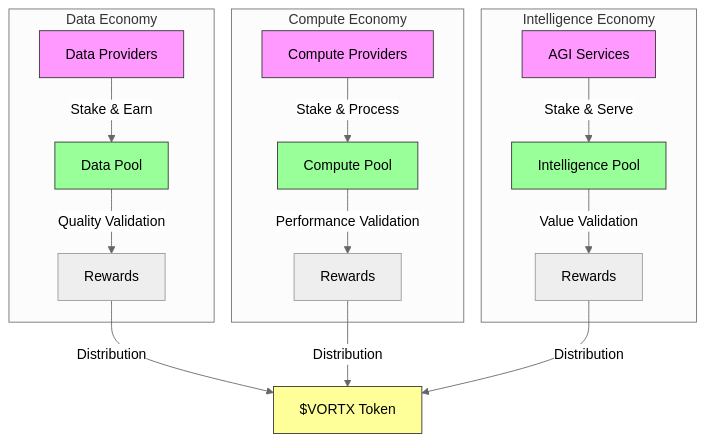
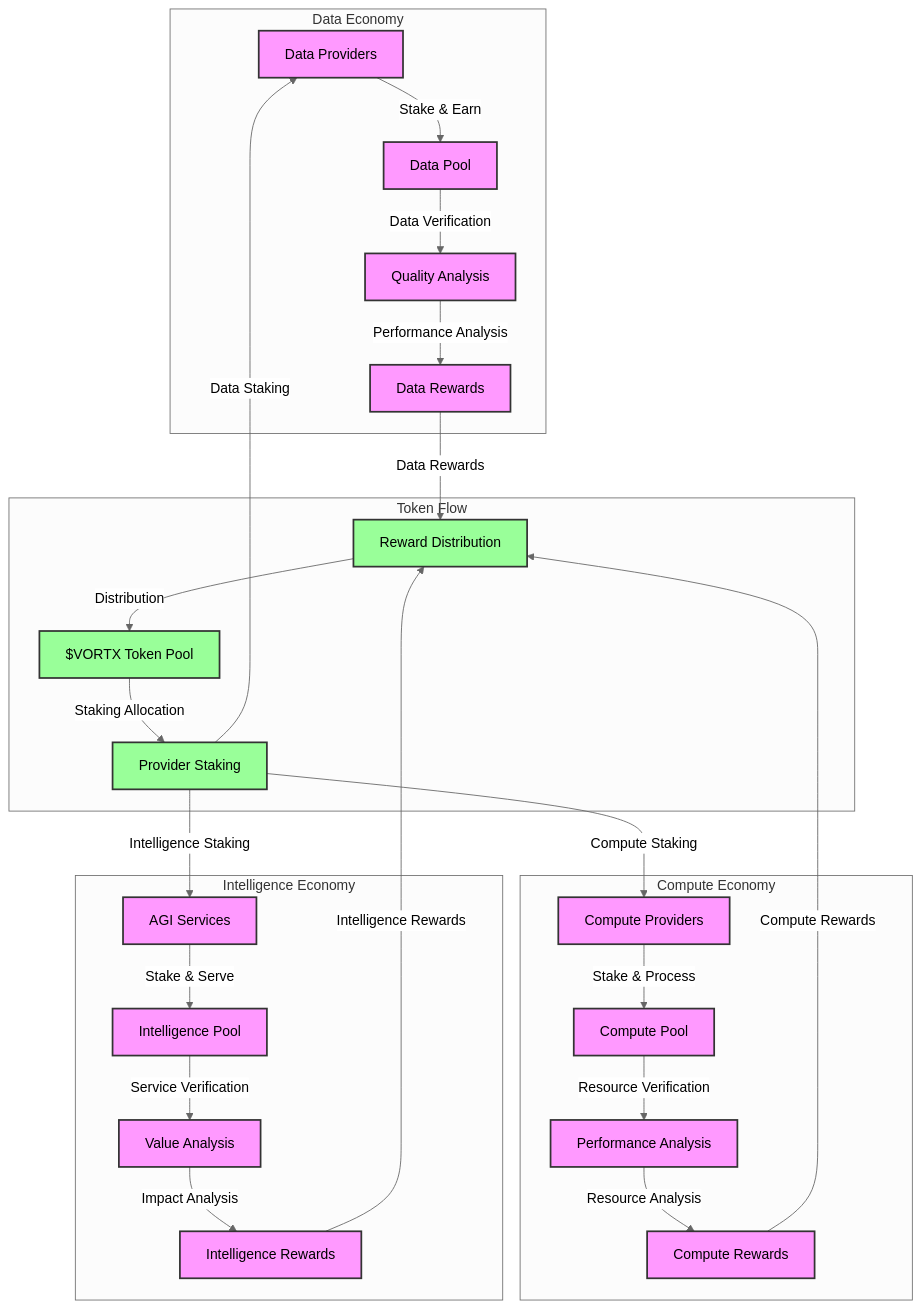
One commit to Vortx-AI/synthetic-satellite changed the second of 4 diagrams in docs/whitepapers/token-economics.md. Above: the diagram before and after it, drawn with Mermaid (neutral theme). The commit also changed other lines of this file and 2 other files, not shown here.

````diff
--- a/docs/whitepapers/token-economics.md
+++ b/docs/whitepapers/token-economics.md
@@ -89,29 +89,42 @@
 ```mermaid
 graph TD
     subgraph Data Economy
         D1[Data Providers] -->|Stake & Earn| D2[Data Pool]
-        D2 -->|Quality Validation| D3[Rewards]
+        D2 -->|Data Verification| D3[Quality Analysis]
+        D3 -->|Performance Analysis| D4[Data Rewards]
     end
     
     subgraph Compute Economy
         C1[Compute Providers] -->|Stake & Process| C2[Compute Pool]
-        C2 -->|Performance Validation| C3[Rewards]
+        C2 -->|Resource Verification| C3[Performance Analysis]
+        C3 -->|Resource Analysis| C4[Compute Rewards]
     end
     
     subgraph Intelligence Economy
         I1[AGI Services] -->|Stake & Serve| I2[Intelligence Pool]
-        I2 -->|Value Validation| I3[Rewards]
+        I2 -->|Service Verification| I3[Value Analysis]
+        I3 -->|Impact Analysis| I4[Intelligence Rewards]
     end
     
-    D3 -->|Distribution| T1[$VORTX Token]
-    C3 -->|Distribution| T1
-    I3 -->|Distribution| T1
+    subgraph Token Flow
+        T1[$VORTX Token Pool] -->|Staking Allocation| T2[Provider Staking]
+        T2 -->|Data Staking| D1
+        T2 -->|Compute Staking| C1
+        T2 -->|Intelligence Staking| I1
+        
+        D4 -->|Data Rewards| T3[Reward Distribution]
+        C4 -->|Compute Rewards| T3
+        I4 -->|Intelligence Rewards| T3
+        
+        T3 -->|Distribution| T1
+    end
     
-    classDef economy fill:#f9f,stroke:#333
-    classDef pool fill:#9f9,stroke:#333
-    classDef token fill:#ff9,stroke:#333
+    classDef economy fill:#f9f,stroke:#333,stroke-width:2px
+    classDef pool fill:#ff9,stroke:#333,stroke-width:2px
+    classDef token fill:#9f9,stroke:#333,stroke-width:2px
     
-    class D1,C1,I1 economy
-    class D2,C2,I2 pool
-    class T1 token
+    class D1,D2,D3,D4 economy
+    class C1,C2,C3,C4 economy
+    class I1,I2,I3,I4 economy
+    class T1,T2,T3 token
 ```
````
